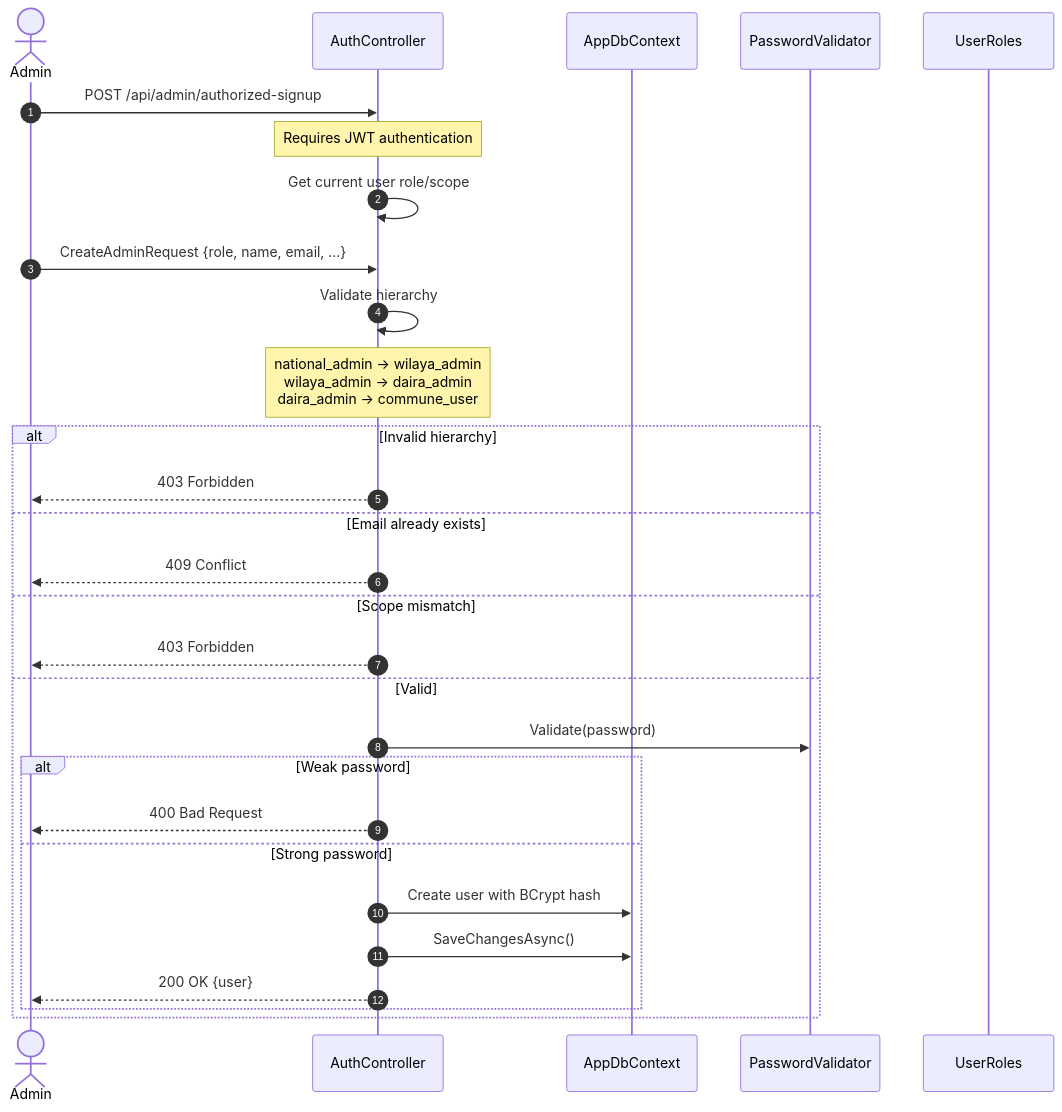
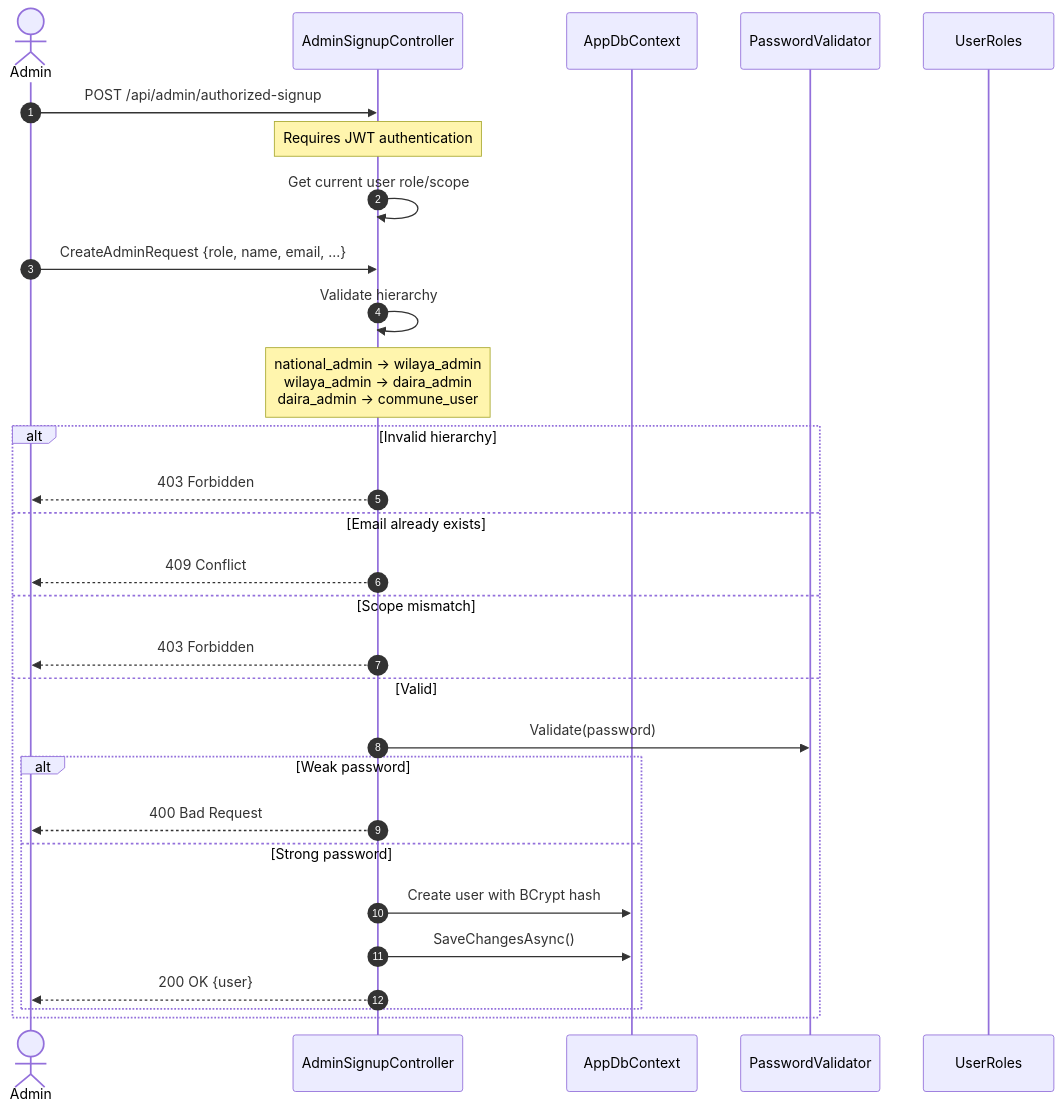
One commit to Zuhir-Benslama/NARS changed the fourth of 5 diagrams in docs/uml/nars-sequence-diagram.md. Above: the diagram before and after it, drawn with Mermaid. The commit also changed 48 other files, not shown here.

````diff
--- a/docs/uml/nars-sequence-diagram.md
+++ b/docs/uml/nars-sequence-diagram.md
@@ -116,35 +116,35 @@
 ```mermaid
 sequenceDiagram
     autonumber
     actor Admin
-    participant AuthController
+    participant AdminSignupController
     participant AppDbContext
     participant PasswordValidator
     participant UserRoles
 
-    Admin->>AuthController: POST /api/admin/authorized-signup
-    Note over AuthController: Requires JWT authentication
+    Admin->>AdminSignupController: POST /api/admin/authorized-signup
+    Note over AdminSignupController: Requires JWT authentication
 
-    AuthController->>AuthController: Get current user role/scope
-    Admin->>AuthController: CreateAdminRequest {role, name, email, ...}
+    AdminSignupController->>AdminSignupController: Get current user role/scope
+    Admin->>AdminSignupController: CreateAdminRequest {role, name, email, ...}
 
-    AuthController->>AuthController: Validate hierarchy
-    Note over AuthController: national_admin -> wilaya_admin<br/>wilaya_admin -> daira_admin<br/>daira_admin -> commune_user
+    AdminSignupController->>AdminSignupController: Validate hierarchy
+    Note over AdminSignupController: national_admin -> wilaya_admin<br/>wilaya_admin -> daira_admin<br/>daira_admin -> commune_user
 
     alt Invalid hierarchy
-        AuthController-->>Admin: 403 Forbidden
+        AdminSignupController-->>Admin: 403 Forbidden
     else Email already exists
-        AuthController-->>Admin: 409 Conflict
+        AdminSignupController-->>Admin: 409 Conflict
     else Scope mismatch
-        AuthController-->>Admin: 403 Forbidden
+        AdminSignupController-->>Admin: 403 Forbidden
     else Valid
-        AuthController->>PasswordValidator: Validate(password)
+        AdminSignupController->>PasswordValidator: Validate(password)
         alt Weak password
-            AuthController-->>Admin: 400 Bad Request
+            AdminSignupController-->>Admin: 400 Bad Request
         else Strong password
-            AuthController->>AppDbContext: Create user with BCrypt hash
-            AuthController->>AppDbContext: SaveChangesAsync()
-            AuthController-->>Admin: 200 OK {user}
+            AdminSignupController->>AppDbContext: Create user with BCrypt hash
+            AdminSignupController->>AppDbContext: SaveChangesAsync()
+            AdminSignupController-->>Admin: 200 OK {user}
         end
     end
 ```
````
